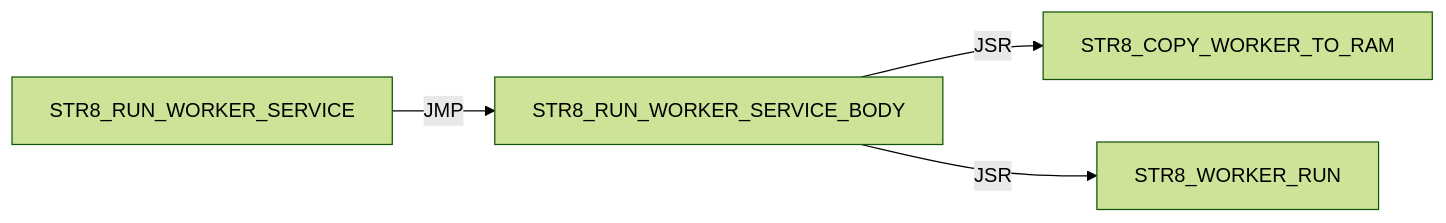
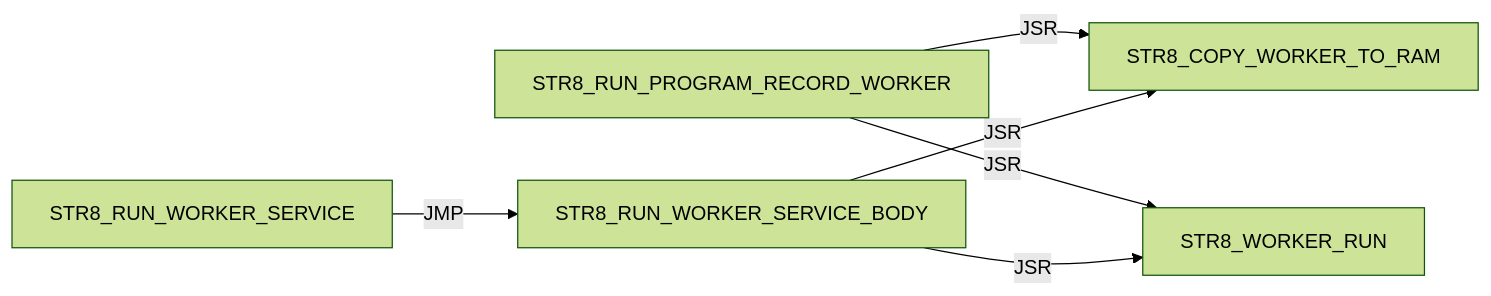
Before and after one commit to 95westus/R-YORS: diagram 28 of 41 in DOC/GUIDES/STR8/STR8_EDGE_DUMP.md, drawn with Mermaid (forest theme). The commit also changed other lines of this file and 40 other files, not shown here.

````diff
--- a/DOC/GUIDES/STR8/STR8_EDGE_DUMP.md
+++ b/DOC/GUIDES/STR8/STR8_EDGE_DUMP.md
@@ -316,6 +371,8 @@
 ```mermaid
 flowchart LR
-    N0["STR8_RUN_WORKER_SERVICE"] -->|JMP| N1["STR8_RUN_WORKER_SERVICE_BODY"]
-    N1["STR8_RUN_WORKER_SERVICE_BODY"] -->|JSR| N2["STR8_COPY_WORKER_TO_RAM"]
-    N1["STR8_RUN_WORKER_SERVICE_BODY"] -->|JSR| N3["STR8_WORKER_RUN"]
+    N0["STR8_RUN_PROGRAM_RECORD_WORKER"] -->|JSR| N1["STR8_COPY_WORKER_TO_RAM"]
+    N0["STR8_RUN_PROGRAM_RECORD_WORKER"] -->|JSR| N2["STR8_WORKER_RUN"]
+    N3["STR8_RUN_WORKER_SERVICE"] -->|JMP| N4["STR8_RUN_WORKER_SERVICE_BODY"]
+    N4["STR8_RUN_WORKER_SERVICE_BODY"] -->|JSR| N1["STR8_COPY_WORKER_TO_RAM"]
+    N4["STR8_RUN_WORKER_SERVICE_BODY"] -->|JSR| N2["STR8_WORKER_RUN"]
 ```
````
